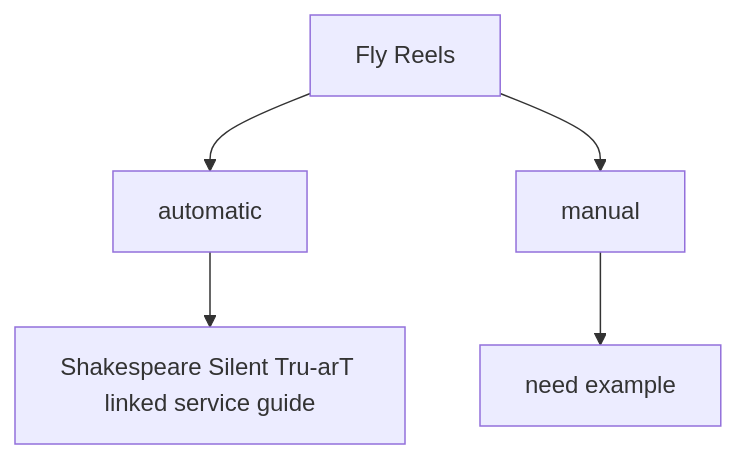
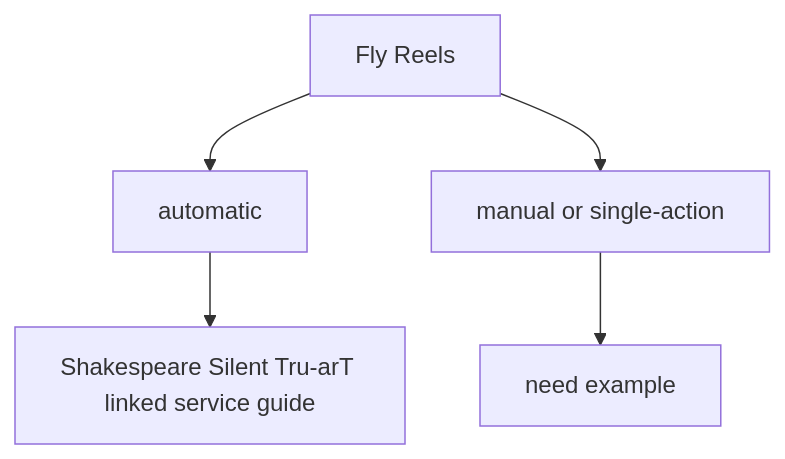
Before and after one commit to john-tech-writer/vintage-reel-service-guides: the diagram in docs/fly-reels.md, drawn with Mermaid. The commit also changed other lines of this file and 5 other files, not shown here.

````diff
--- a/docs/fly-reels.md
+++ b/docs/fly-reels.md
@@ -7,12 +7,12 @@
 ```mermaid
 
 flowchart TD
   A[Fly Reels]
   A --> B[automatic]
-  A --> C[manual]
+  A --> C[manual or single-action]
 
   B --> B1[Shakespeare Silent Tru-arT linked service guide]
   click B1 "/vintage-reel-service-guides/shakespeare/shakespeare-silent-tru-art-service-guide/"
 
   C --> C1[need example]
 ```
````
